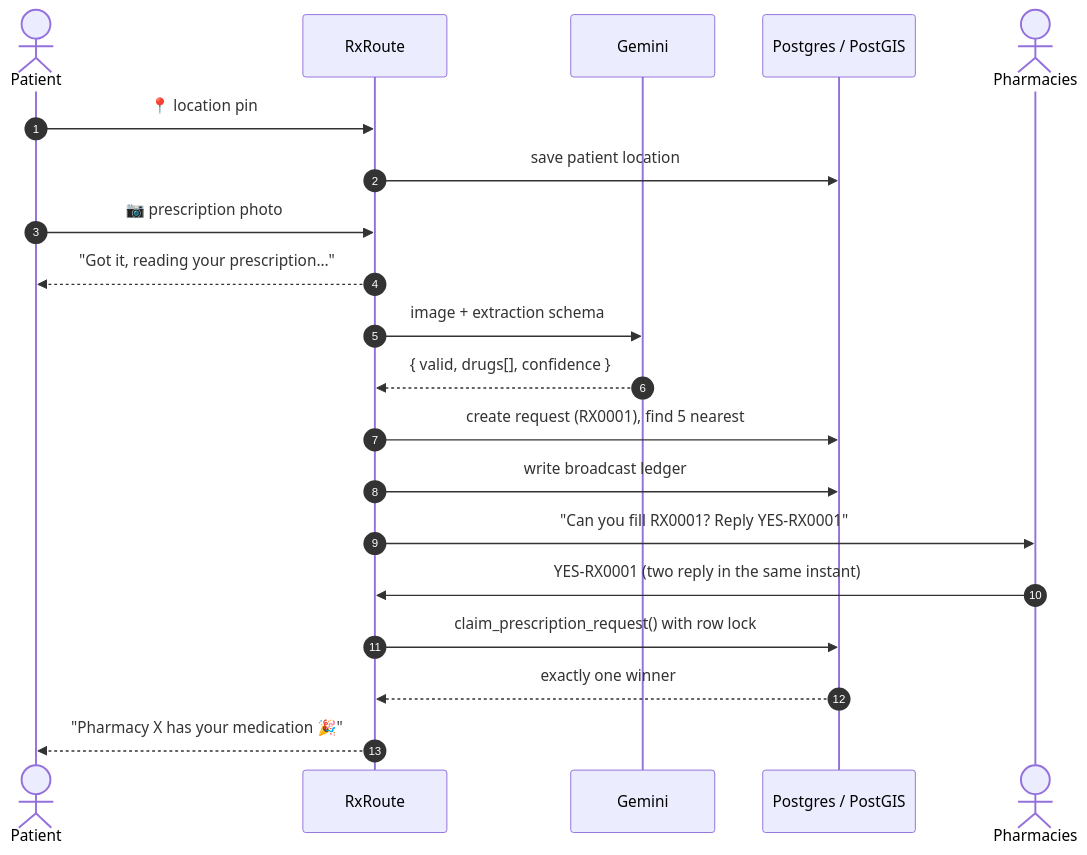
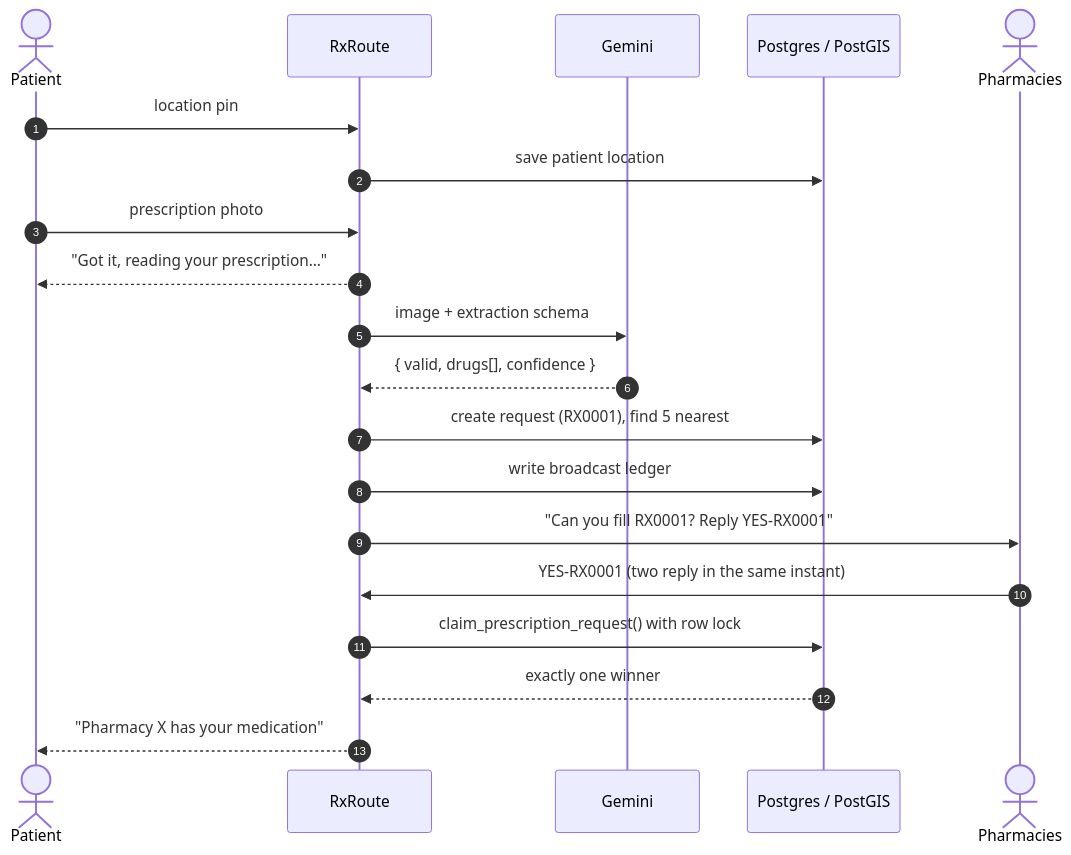
One commit to Susan-hue/RxRoute changed the second of 2 diagrams in README.md. Above: the diagram before and after it, drawn with Mermaid. The commit also changed other lines of this file, not shown here.

````diff
--- a/README.md
+++ b/README.md
@@ -60,23 +60,23 @@
 ```mermaid
 sequenceDiagram
     autonumber
     actor Patient
     participant RX as RxRoute
     participant AI as Gemini
     participant DB as Postgres / PostGIS
     actor Pharmacies
 
-    Patient->>RX: 📍 location pin
+    Patient->>RX: location pin
     RX->>DB: save patient location
-    Patient->>RX: 📷 prescription photo
+    Patient->>RX: prescription photo
     RX-->>Patient: "Got it, reading your prescription…"
     RX->>AI: image + extraction schema
     AI-->>RX: { valid, drugs[], confidence }
     RX->>DB: create request (RX0001), find 5 nearest
     RX->>DB: write broadcast ledger
     RX->>Pharmacies: "Can you fill RX0001? Reply YES-RX0001"
     Pharmacies->>RX: YES-RX0001 (two reply in the same instant)
     RX->>DB: claim_prescription_request() with row lock
     DB-->>RX: exactly one winner
-    RX-->>Patient: "Pharmacy X has your medication 🎉"
+    RX-->>Patient: "Pharmacy X has your medication"
 ```
````
